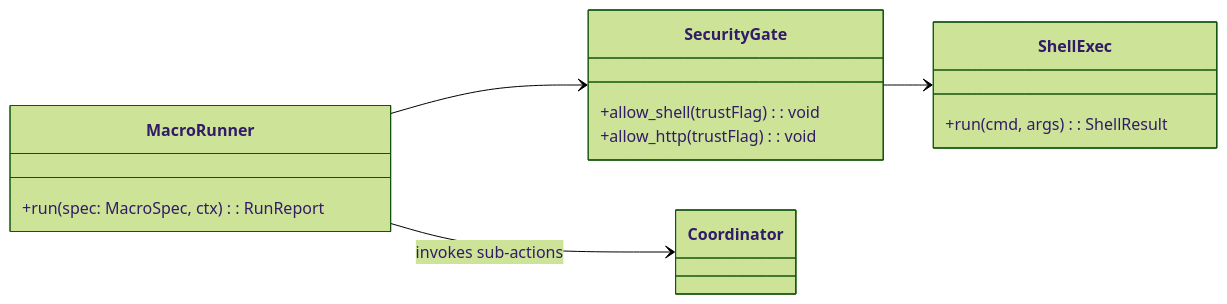
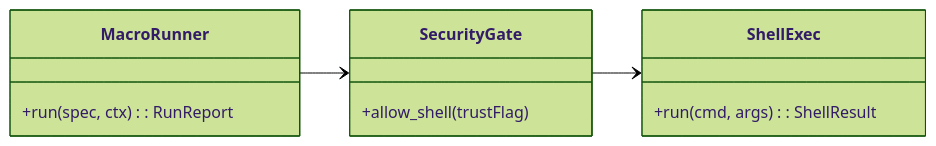
Diagram 15 of 22 in docs/01_development_plan.md (agustinvalencia/mdvault), drawn with Mermaid (forest theme) before and after one commit. The commit also changed other lines of this file and 1 other file, not shown here.

````diff
--- a/docs/01_development_plan.md
+++ b/docs/01_development_plan.md
@@ -397,18 +412,16 @@
 ```mermaid
 classDiagram
   direction LR
   class MacroRunner {
-    +run(spec: MacroSpec, ctx): RunReport
+    +run(spec, ctx): RunReport
   }
   class SecurityGate {
-    +allow_shell(trustFlag): void
-    +allow_http(trustFlag): void
+    +allow_shell(trustFlag)
   }
   class ShellExec {
     +run(cmd, args): ShellResult
   }
 
   MacroRunner --> SecurityGate
-  MacroRunner --> Coordinator : invokes sub-actions
   SecurityGate --> ShellExec
 ```
````
